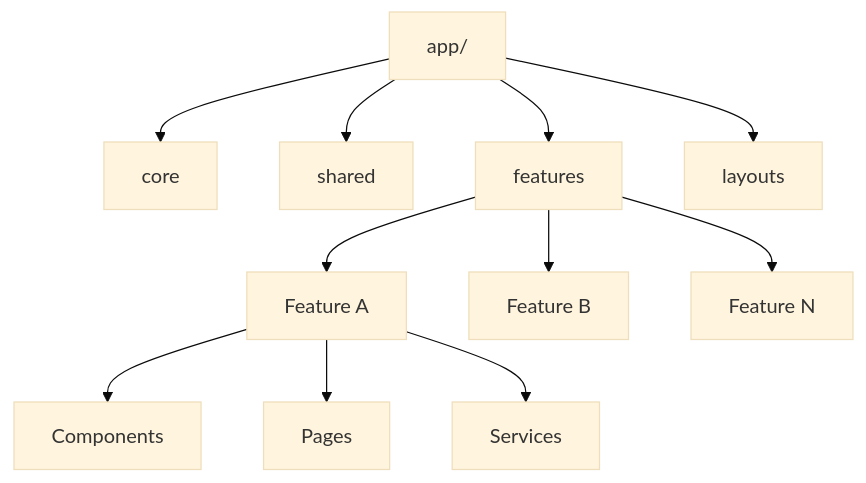
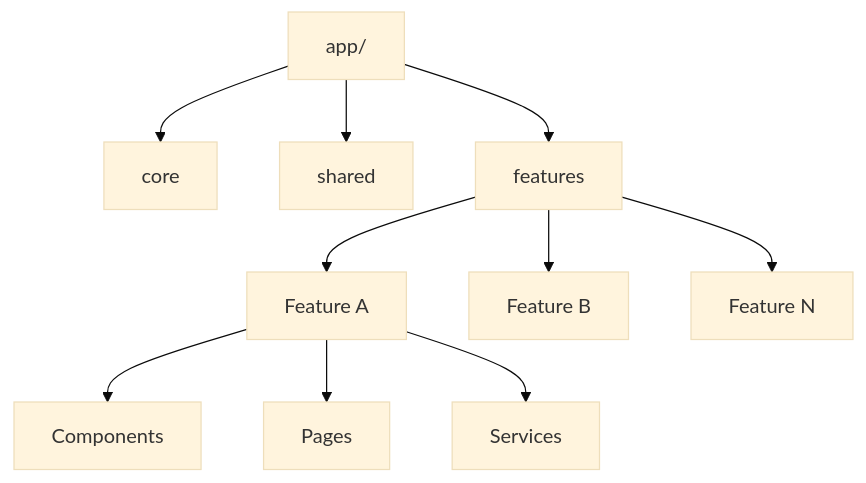
One commit to johnisonLima/firebase-starter changed the second of 7 diagrams in docs/Architecture-v1.0.md. Above: the diagram before and after it, drawn with Mermaid (base theme). The commit also changed other lines of this file, not shown here.

````diff
--- a/docs/Architecture-v1.0.md
+++ b/docs/Architecture-v1.0.md
@@ -258,18 +264,17 @@
 ```mermaid
 flowchart TD
 
     App["app/"]
 
     App --> Core["core"]
     App --> Shared["shared"]
     App --> Features["features"]
-    App --> Layouts["layouts"]
 
     Features --> FeatureA["Feature A"]
     Features --> FeatureB["Feature B"]
     Features --> FeatureC["Feature N"]
 
     FeatureA --> Components["Components"]
     FeatureA --> Pages["Pages"]
     FeatureA --> Services["Services"]
 ```
````
